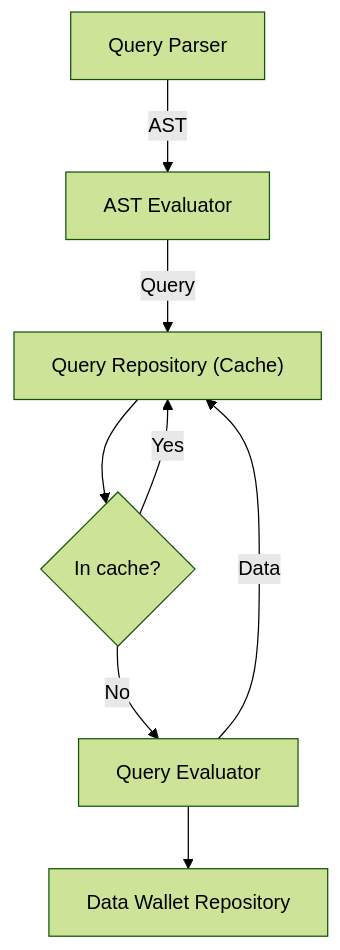
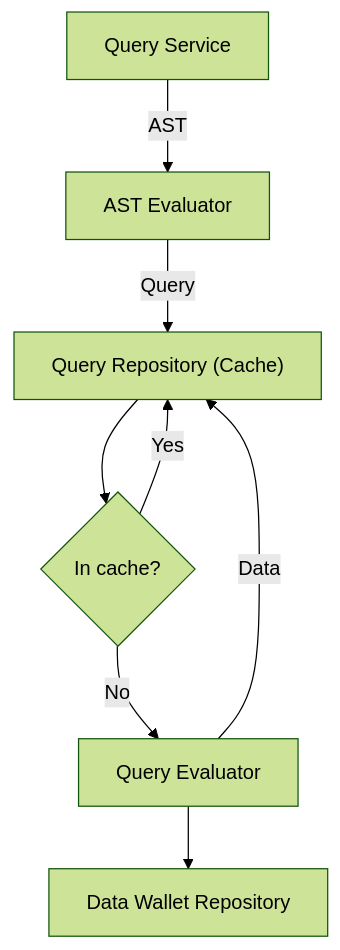
Before and after one commit to SnickerdoodleLabs/protocol: the second of 3 diagrams in documentation/sdql/Execution-Plan.md, drawn with Mermaid (forest theme).

````diff
--- a/documentation/sdql/Execution-Plan.md
+++ b/documentation/sdql/Execution-Plan.md
@@ -14,8 +14,8 @@
 ```mermaid
 flowchart TD;
-    QP["Query Parser"]--AST-->ASTE["AST Evaluator"]--Query-->QR["Query Repository #40;Cache#41;"];
+    QP["Query Service"]--AST-->ASTE["AST Evaluator"]--Query-->QR["Query Repository #40;Cache#41;"];
     QR --> Cache{"In cache?"}
     Cache -- Yes --> QR
     Cache -- No --> QEVAL["Query Evaluator"] --> DW["Data Wallet Repository"]
     QEVAL --Data --> QR
 ```
````
